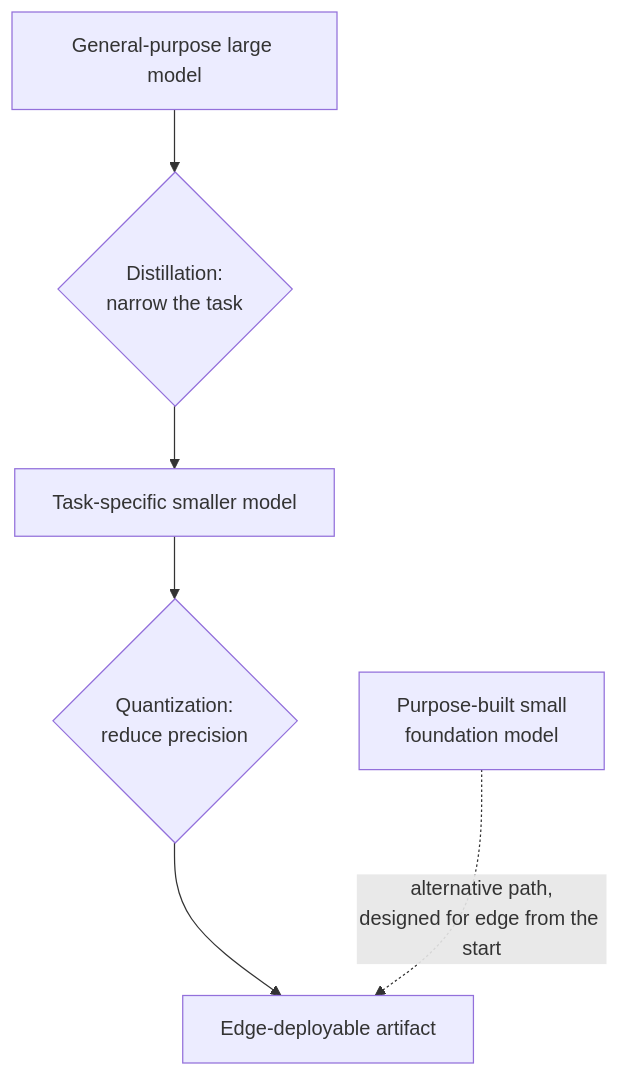
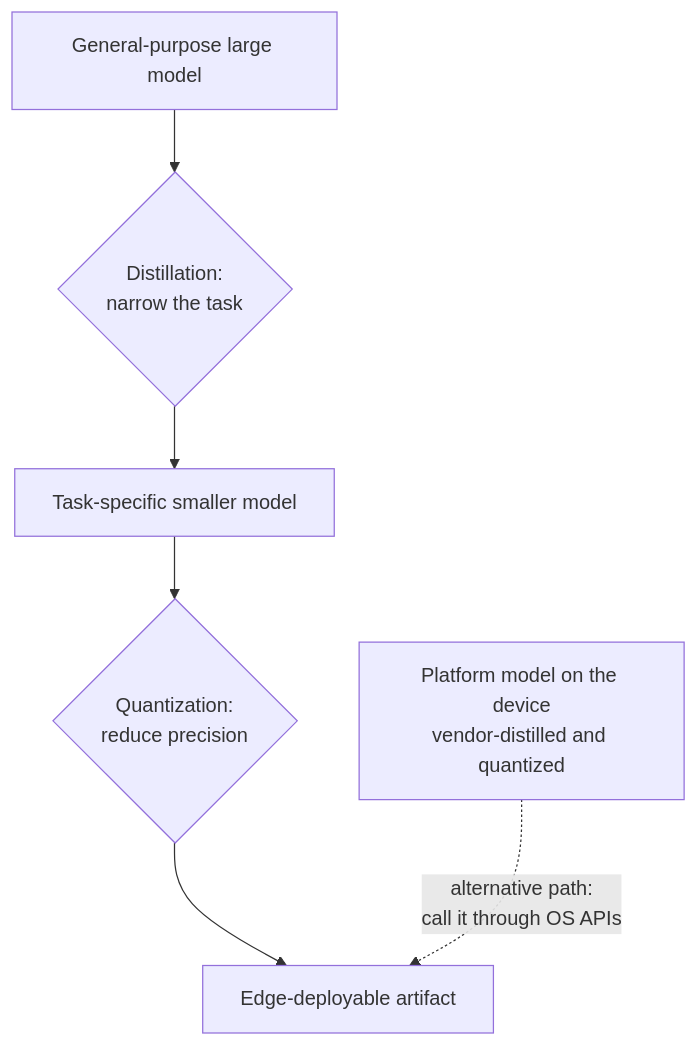
One commit to naman-shrimali/ai-engineering-curriculum changed the diagram in modules/09-frontier/fro-03-edge-on-device.md. Above: the diagram before and after it, drawn with Mermaid. The commit also changed other lines of this file and 46 other files, not shown here.

````diff
--- a/modules/09-frontier/fro-03-edge-on-device.md
+++ b/modules/09-frontier/fro-03-edge-on-device.md
@@ -68,8 +80,8 @@
 ```mermaid
 graph TD
   A[General-purpose large model] --> B{Distillation:<br/>narrow the task}
   B --> C[Task-specific smaller model]
   C --> D{Quantization:<br/>reduce precision}
   D --> E[Edge-deployable artifact]
-  F[Purpose-built small<br/>foundation model] -.alternative path,<br/>designed for edge from the start.-> E
+  F[Platform model on the device<br/>vendor-distilled and quantized] -.alternative path:<br/>call it through OS APIs.-> E
 ```
````
